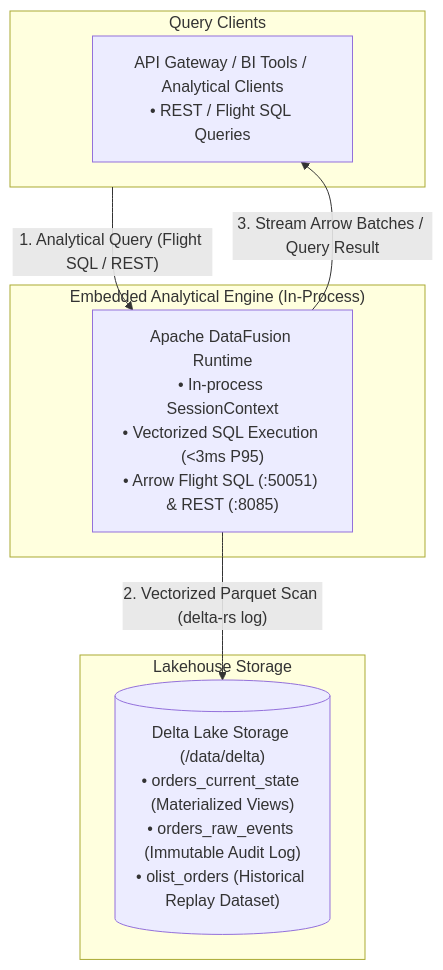
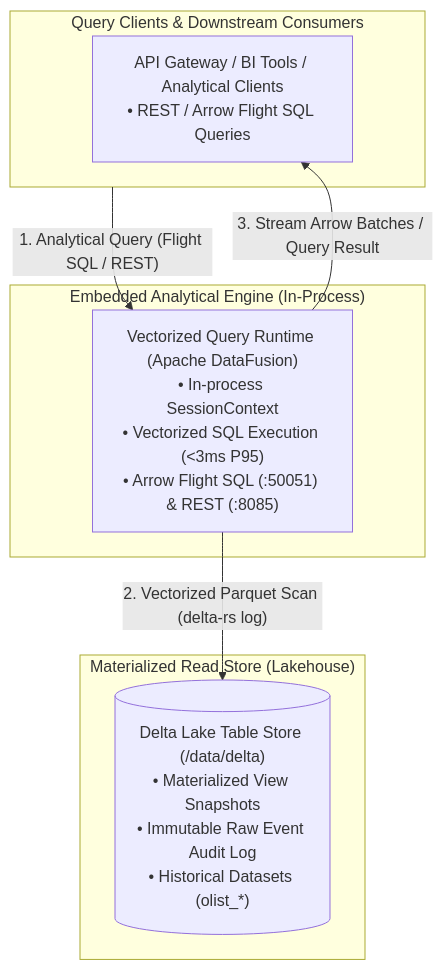
Before and after one commit to reidlai/ferrous-cqrses: the second of 3 diagrams in README.md, drawn with Mermaid. The commit also changed other lines of this file, not shown here.

Commit message:
docs(architecture): generalize CQRS-ES architectural concepts in README

````diff
--- a/README.md
+++ b/README.md
@@ -131,18 +132,18 @@
 ```mermaid
 flowchart TD
-    subgraph Client_Read ["Query Clients"]
-        ClientApp["API Gateway / BI Tools / Analytical Clients<br/>• REST / Flight SQL Queries"]
+    subgraph Client_Read ["Query Clients & Downstream Consumers"]
+        ClientApp["API Gateway / BI Tools / Analytical Clients<br/>• REST / Arrow Flight SQL Queries"]
     end
 
     subgraph Query_Engine_Tier ["Embedded Analytical Engine (In-Process)"]
-        DataFusion["Apache DataFusion Runtime<br/>• In-process SessionContext<br/>• Vectorized SQL Execution (<3ms P95)<br/>• Arrow Flight SQL (:50051) & REST (:8085)"]
+        DataFusion["Vectorized Query Runtime (Apache DataFusion)<br/>• In-process SessionContext<br/>• Vectorized SQL Execution (<3ms P95)<br/>• Arrow Flight SQL (:50051) & REST (:8085)"]
     end
 
-    subgraph Storage_Tier ["Lakehouse Storage"]
-        DeltaLake[("Delta Lake Storage (/data/delta)<br/>• orders_current_state (Materialized Views)<br/>• orders_raw_events (Immutable Audit Log)<br/>• olist_orders (Historical Replay Dataset)")]
+    subgraph Storage_Tier ["Materialized Read Store (Lakehouse)"]
+        DeltaLake[("Delta Lake Table Store (/data/delta)<br/>• Materialized View Snapshots<br/>• Immutable Raw Event Audit Log<br/>• Historical Datasets (olist_*)")]
     end
 
     Client_Read -->|"1. Analytical Query (Flight SQL / REST)"| DataFusion
     DataFusion -->|"2. Vectorized Parquet Scan (delta-rs log)"| DeltaLake
     DataFusion -->|"3. Stream Arrow Batches / Query Result"| ClientApp
 ```
````
